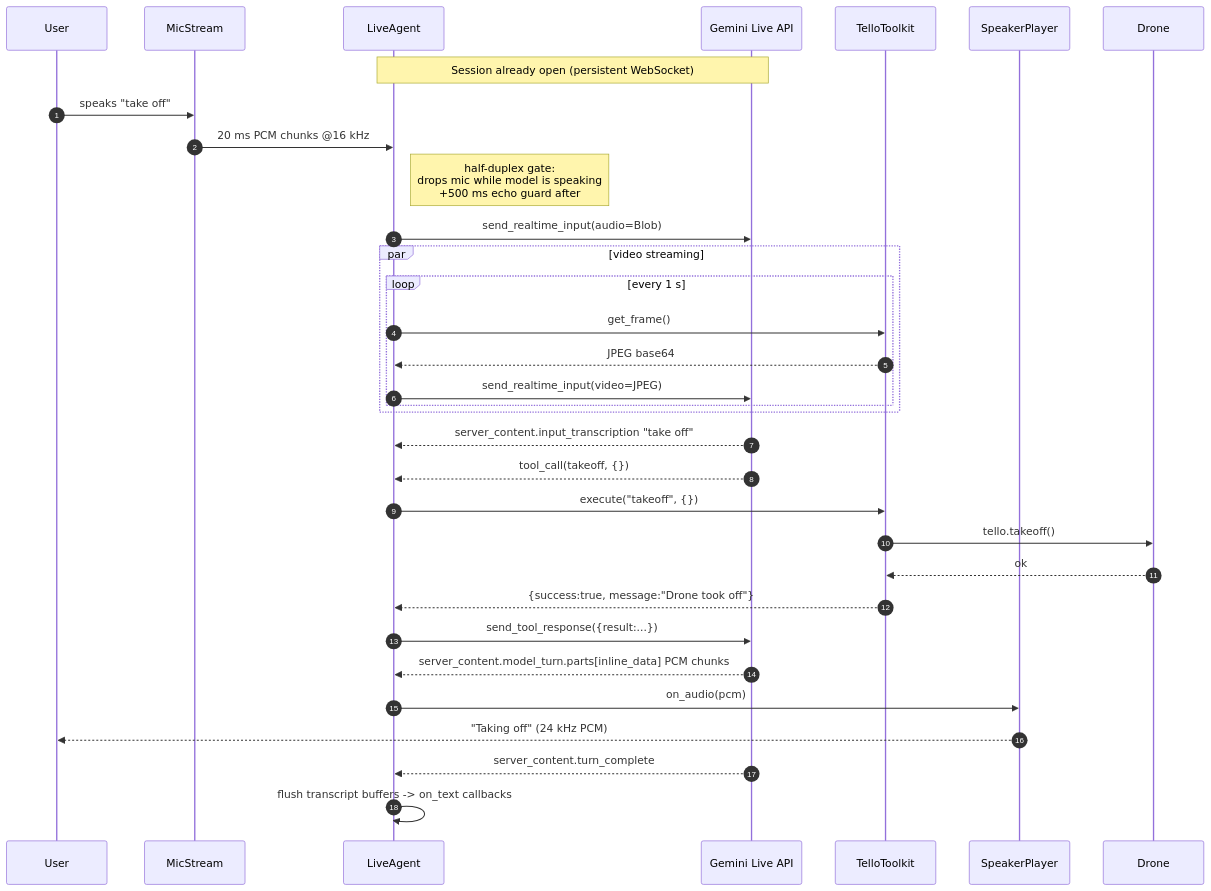
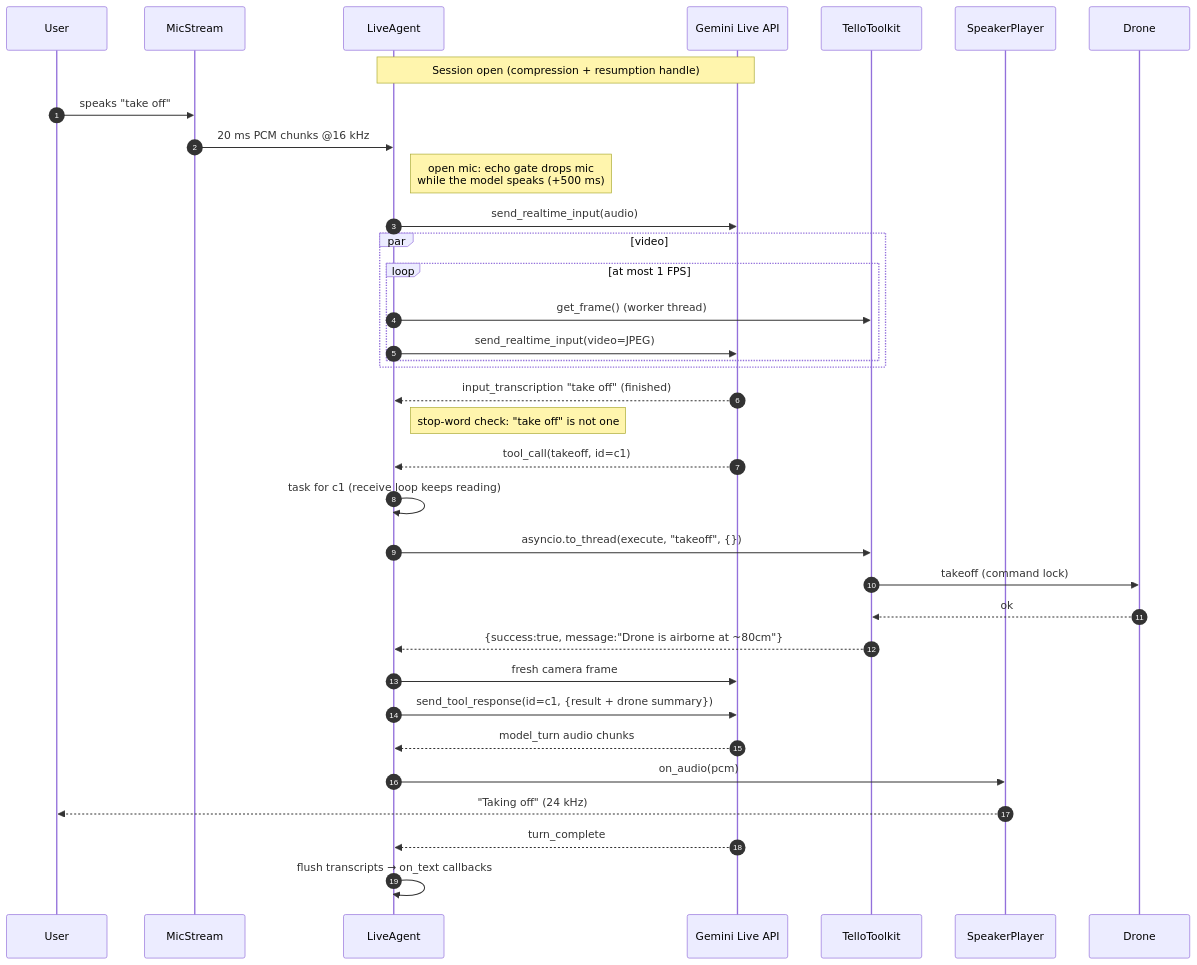
One commit to AyushRajgor/Tello-autonomous changed the first of 7 diagrams in docs/workflow.md. Above: the diagram before and after it, drawn with Mermaid. The commit also changed other lines of this file and 50 other files, not shown here.

````diff
--- a/docs/workflow.md
+++ b/docs/workflow.md
@@ -20,41 +21,41 @@
 ```mermaid
 sequenceDiagram
     autonumber
     participant U as User
     participant Mic as MicStream
     participant LA as LiveAgent
     participant GM as Gemini Live API
     participant TK as TelloToolkit
     participant Sp as SpeakerPlayer
     participant Drone
 
-    Note over LA,GM: Session already open (persistent WebSocket)
+    Note over LA,GM: Session open (compression + resumption handle)
 
     U->>Mic: speaks "take off"
     Mic->>LA: 20 ms PCM chunks @16 kHz
-    Note right of LA: half-duplex gate: <br/> drops mic while model is speaking <br/> +500 ms echo guard after
-    LA->>GM: send_realtime_input(audio=Blob)
+    Note right of LA: open mic: echo gate drops mic<br/>while the model speaks (+500 ms)
+    LA->>GM: send_realtime_input(audio)
 
-    par video streaming
-        loop every 1 s
-            LA->>TK: get_frame()
-            TK-->>LA: JPEG base64
+    par video
+        loop at most 1 FPS
+            LA->>TK: get_frame() (worker thread)
             LA->>GM: send_realtime_input(video=JPEG)
         end
     end
 
-    GM-->>LA: server_content.input_transcription "take off"
-    GM-->>LA: tool_call(takeoff, {})
-
-    LA->>TK: execute("takeoff", {})
-    TK->>Drone: tello.takeoff()
+    GM-->>LA: input_transcription "take off" (finished)
+    Note right of LA: stop-word check: "take off" is not one
+    GM-->>LA: tool_call(takeoff, id=c1)
+    LA->>LA: task for c1 (receive loop keeps reading)
+    LA->>TK: asyncio.to_thread(execute, "takeoff", {})
+    TK->>Drone: takeoff (command lock)
     Drone-->>TK: ok
-    TK-->>LA: {success:true, message:"Drone took off"}
-
-    LA->>GM: send_tool_response({result:...})
-    GM-->>LA: server_content.model_turn.parts[inline_data] PCM chunks
+    TK-->>LA: {success:true, message:"Drone is airborne at ~80cm"}
+    LA->>GM: fresh camera frame
+    LA->>GM: send_tool_response(id=c1, {result + drone summary})
+    GM-->>LA: model_turn audio chunks
     LA->>Sp: on_audio(pcm)
-    Sp-->>U: "Taking off" (24 kHz PCM)
-    GM-->>LA: server_content.turn_complete
-    LA->>LA: flush transcript buffers -> on_text callbacks
+    Sp-->>U: "Taking off" (24 kHz)
+    GM-->>LA: turn_complete
+    LA->>LA: flush transcripts → on_text callbacks
 ```
````
